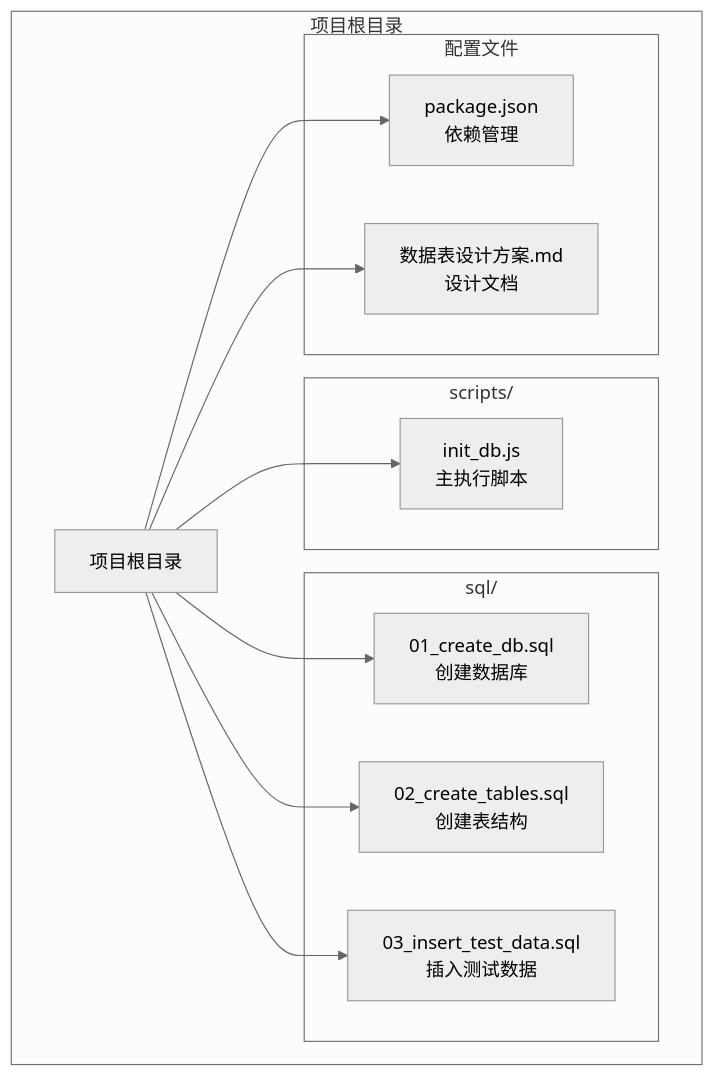
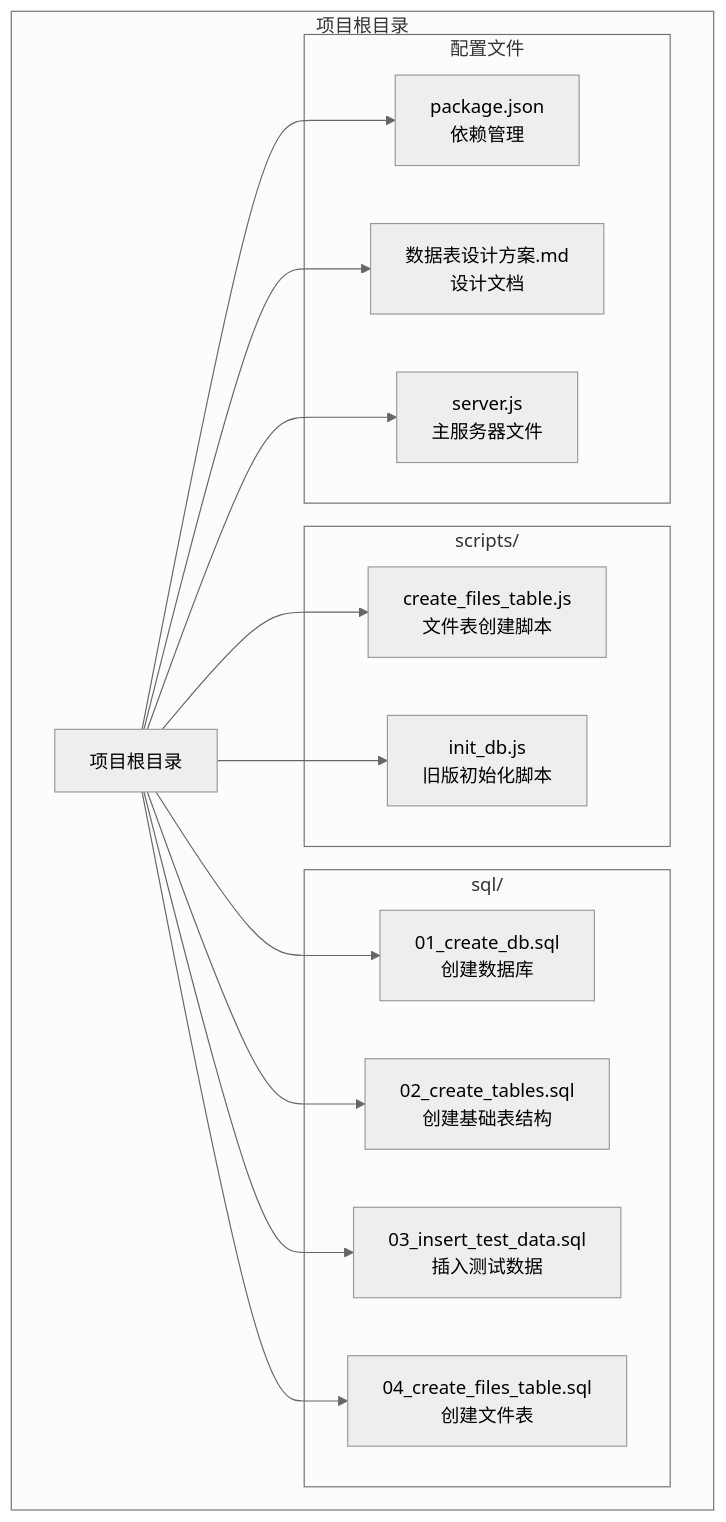
Before and after one commit to lane6008/fileTest: the first of 8 diagrams in .qoder/repowiki/zh/content/数据库初始化.md, drawn with Mermaid (neutral theme). The commit also changed other lines of this file and 7 other files, not shown here.

````diff
--- a/.qoder/repowiki/zh/content/数据库初始化.md
+++ b/.qoder/repowiki/zh/content/数据库初始化.md
@@ -33,24 +45,30 @@
 ```mermaid
 graph TB
 subgraph "项目根目录"
 Root[项目根目录]
 subgraph "scripts/"
-InitDB[init_db.js<br/>主执行脚本]
+CreateFilesTable[create_files_table.js<br/>文件表创建脚本]
+InitDB[init_db.js<br/>旧版初始化脚本]
 end
 subgraph "sql/"
 CreateDB[01_create_db.sql<br/>创建数据库]
-CreateTables[02_create_tables.sql<br/>创建表结构]
+CreateTables[02_create_tables.sql<br/>创建基础表结构]
 InsertData[03_insert_test_data.sql<br/>插入测试数据]
+CreateFilesTableSQL[04_create_files_table.sql<br/>创建文件表]
 end
 subgraph "配置文件"
 PackageJSON[package.json<br/>依赖管理]
 DesignMD[数据表设计方案.md<br/>设计文档]
+ServerJS[server.js<br/>主服务器文件]
 end
 end
+Root --> CreateFilesTable
 Root --> InitDB
 Root --> CreateDB
 Root --> CreateTables
 Root --> InsertData
+Root --> CreateFilesTableSQL
 Root --> PackageJSON
 Root --> DesignMD
+Root --> ServerJS
 ```
````
